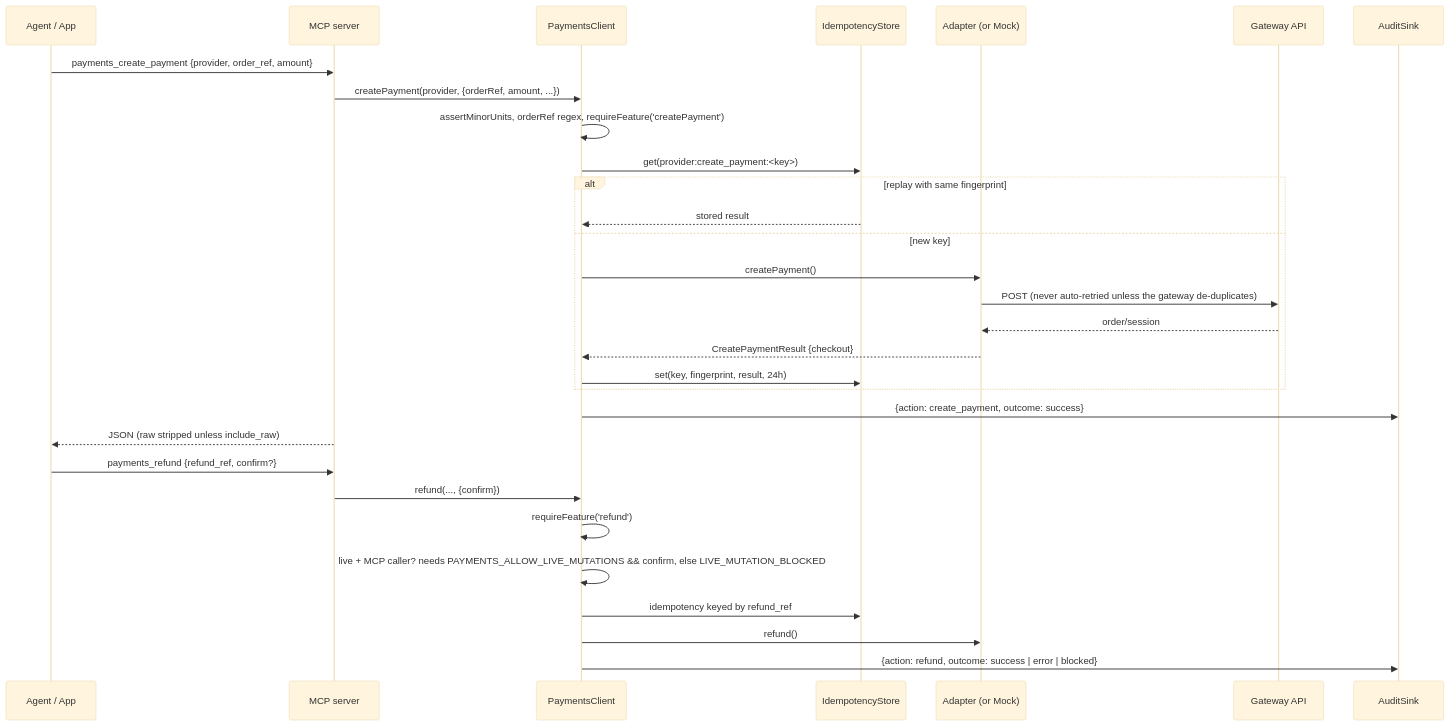
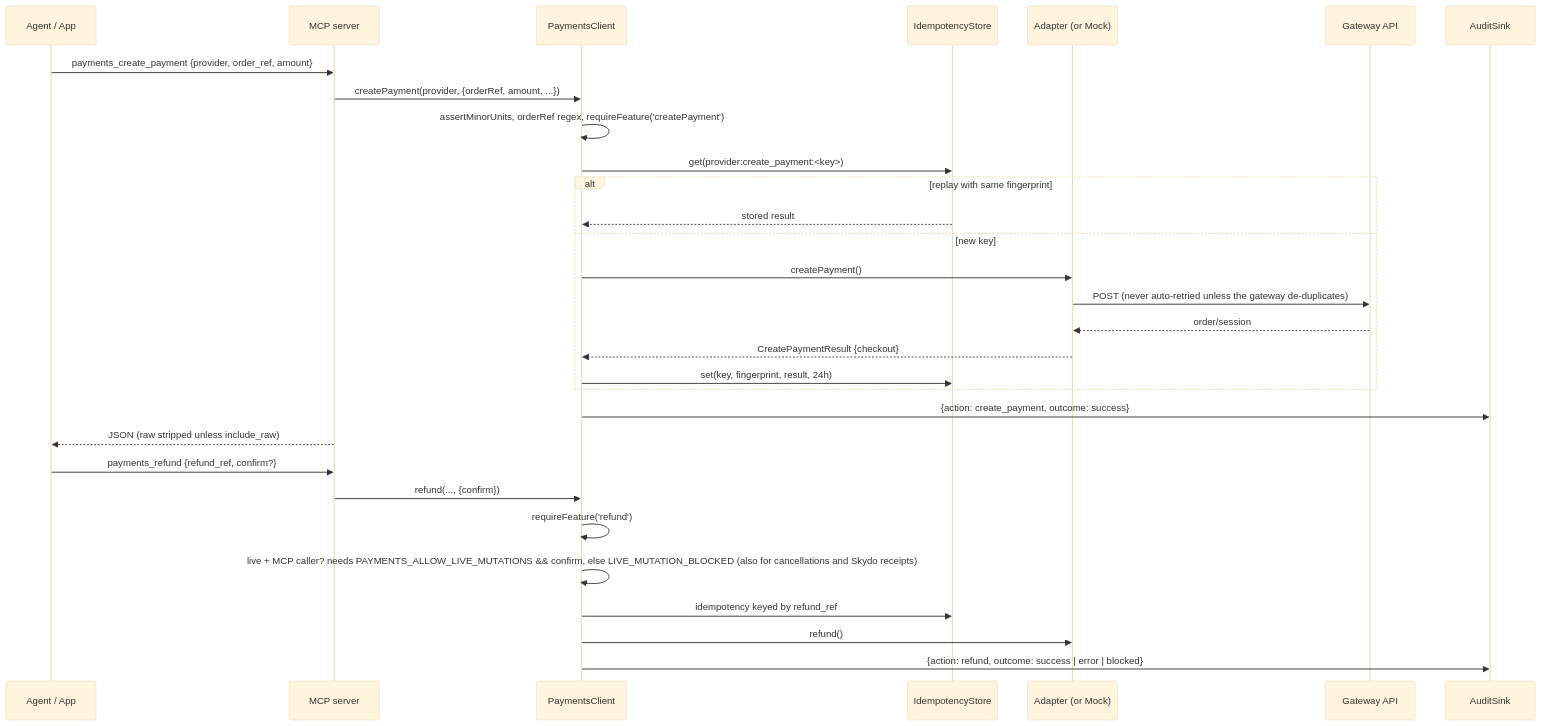
The diagram in docs/architecture.md (tejamaddimsetty/india-payments-mcp), drawn with Mermaid (base theme) before and after one commit. The commit also changed other lines of this file and 27 other files, not shown here.

````diff
--- a/docs/architecture.md
+++ b/docs/architecture.md
@@ -49,34 +49,34 @@
 ```mermaid
 sequenceDiagram
     participant A as Agent / App
     participant M as MCP server
     participant C as PaymentsClient
     participant I as IdempotencyStore
     participant G as Adapter (or Mock)
     participant P as Gateway API
     participant L as AuditSink
 
     A->>M: payments_create_payment {provider, order_ref, amount}
     M->>C: createPayment(provider, {orderRef, amount, ...})
     C->>C: assertMinorUnits, orderRef regex, requireFeature('createPayment')
     C->>I: get(provider:create_payment:<key>)
     alt replay with same fingerprint
         I-->>C: stored result
     else new key
         C->>G: createPayment()
         G->>P: POST (never auto-retried unless the gateway de-duplicates)
         P-->>G: order/session
         G-->>C: CreatePaymentResult {checkout}
         C->>I: set(key, fingerprint, result, 24h)
     end
     C->>L: {action: create_payment, outcome: success}
     M-->>A: JSON (raw stripped unless include_raw)
 
     A->>M: payments_refund {refund_ref, confirm?}
     M->>C: refund(..., {confirm})
     C->>C: requireFeature('refund')
-    C->>C: live + MCP caller? needs PAYMENTS_ALLOW_LIVE_MUTATIONS && confirm, else LIVE_MUTATION_BLOCKED
+    C->>C: live + MCP caller? needs PAYMENTS_ALLOW_LIVE_MUTATIONS && confirm, else LIVE_MUTATION_BLOCKED (also for cancellations and Skydo receipts)
     C->>I: idempotency keyed by refund_ref
     C->>G: refund()
     C->>L: {action: refund, outcome: success | error | blocked}
 ```
````
